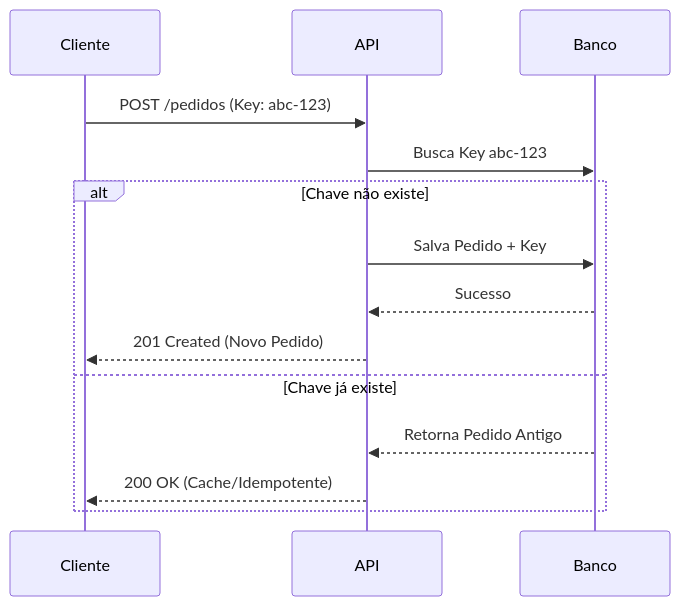
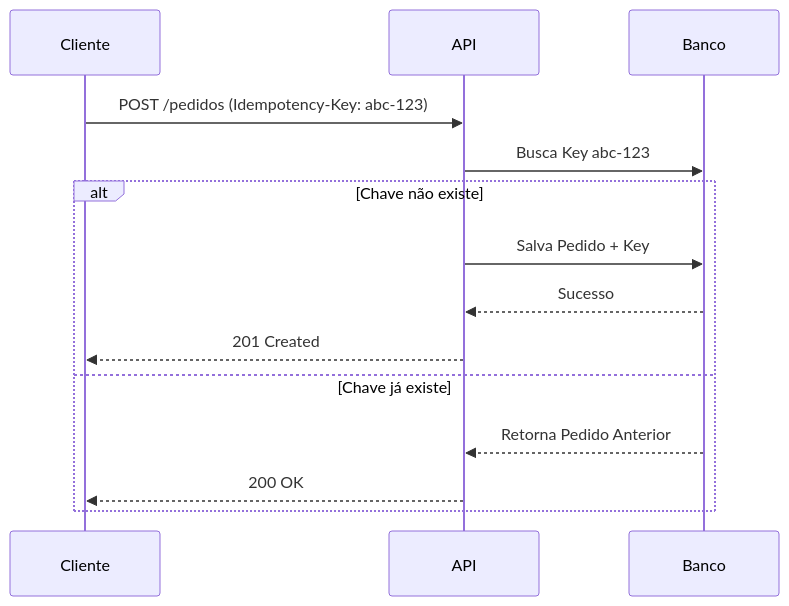
The diagram in README.md (lucas907dcomp/pedido-idempotente-api), drawn with Mermaid before and after one commit. The commit also changed other lines of this file, not shown here.

````diff
--- a/README.md
+++ b/README.md
@@ -22,17 +45,18 @@
 ```mermaid
 sequenceDiagram
     participant Cliente
     participant API
     participant Banco
     
-    Cliente->>API: POST /pedidos (Key: abc-123)
+    Cliente->>API: POST /pedidos (Idempotency-Key: abc-123)
     API->>Banco: Busca Key abc-123
+    
     alt Chave não existe
         API->>Banco: Salva Pedido + Key
         Banco-->>API: Sucesso
-        API-->>Cliente: 201 Created (Novo Pedido)
+        API-->>Cliente: 201 Created
     else Chave já existe
-        Banco-->>API: Retorna Pedido Antigo
-        API-->>Cliente: 200 OK (Cache/Idempotente)
+        Banco-->>API: Retorna Pedido Anterior
+        API-->>Cliente: 200 OK
     end
 ```
````
